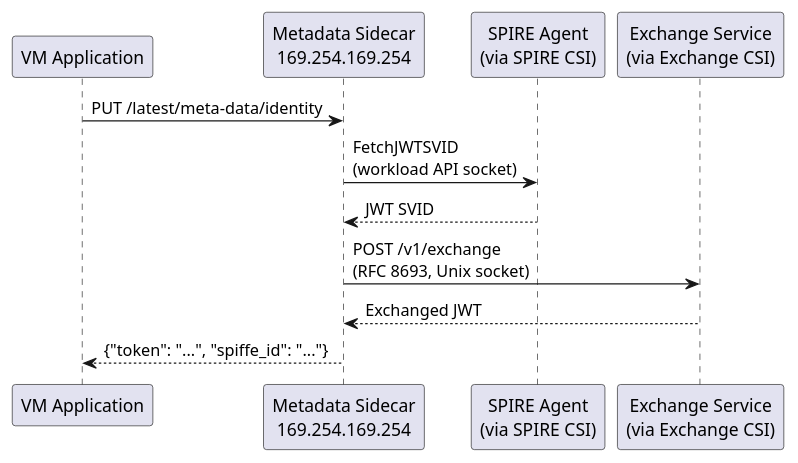
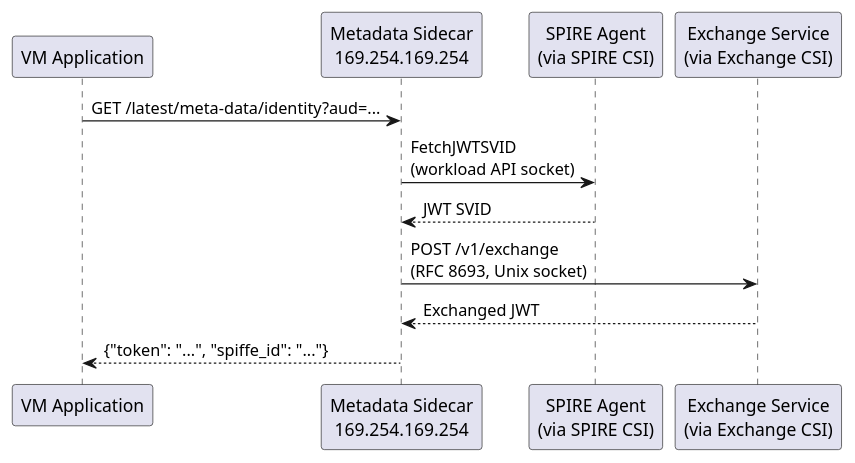
The fourth of 5 diagrams in README.md (dsx-ai-factory/nvidia-workload-identity), drawn with PlantUML before and after one commit. The commit also changed other lines of this file and 3 other files, not shown here.

````diff
--- a/README.md
+++ b/README.md
@@ -298,15 +298,15 @@
 ```plantuml
 @startuml
 participant "VM Application" as App
 participant "Metadata Sidecar\n169.254.169.254" as Meta
 participant "SPIRE Agent\n(via SPIRE CSI)" as Agent
 participant "Exchange Service\n(via Exchange CSI)" as Exchange
 
-App -> Meta : PUT /latest/meta-data/identity
+App -> Meta : GET /latest/meta-data/identity?aud=...
 Meta -> Agent : FetchJWTSVID\n(workload API socket)
 Agent --> Meta : JWT SVID
 Meta -> Exchange : POST /v1/exchange\n(RFC 8693, Unix socket)
 Exchange --> Meta : Exchanged JWT
 Meta --> App : {"token": "...", "spiffe_id": "..."}
 @enduml
 ```
````
